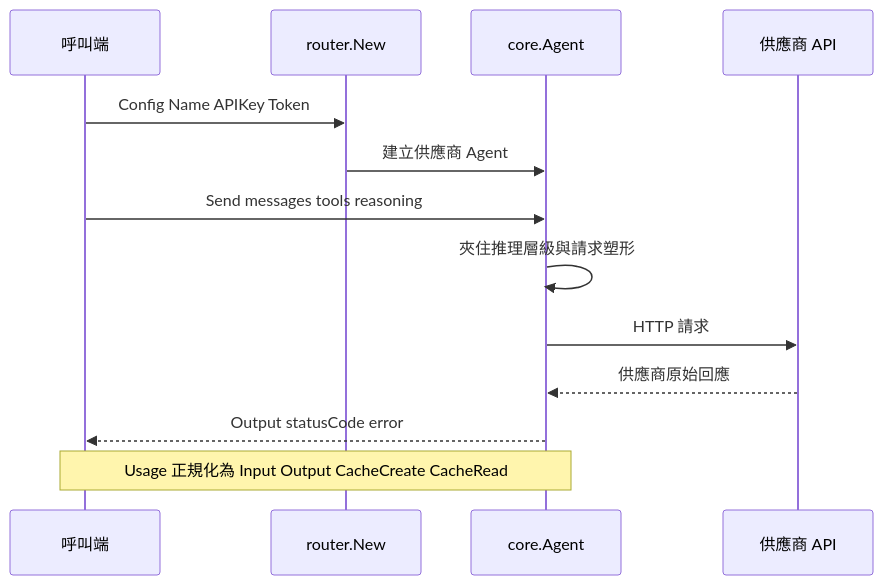
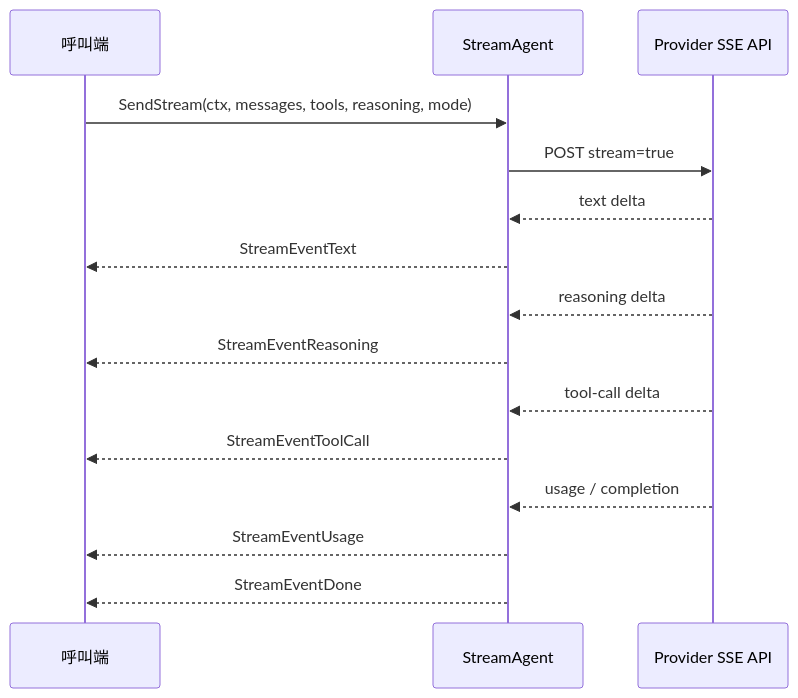
Before and after one commit to pardnchiu/go-llm-router: the sixth of 10 diagrams in doc/architecture.zh.md, drawn with Mermaid. The commit also changed other lines of this file and 3 other files, not shown here.

Commit message:
doc: Expand API and architecture documentation

````diff
--- a/doc/architecture.zh.md
+++ b/doc/architecture.zh.md
@@ -109,15 +237,18 @@
 ```mermaid
 sequenceDiagram
-    participant App as 呼叫端
-    participant Router as router.New
-    participant Agent as core.Agent
-    participant API as 供應商 API
-    App->>Router: Config Name APIKey Token
-    Router->>Agent: 建立供應商 Agent
-    App->>Agent: Send messages tools reasoning
-    Agent->>Agent: 夾住推理層級與請求塑形
-    Agent->>API: HTTP 請求
-    API-->>Agent: 供應商原始回應
-    Agent-->>App: Output statusCode error
-    Note over Agent,App: Usage 正規化為 Input Output CacheCreate CacheRead
+    participant Client as 呼叫端
+    participant Agent as StreamAgent
+    participant API as Provider SSE API
+
+    Client->>Agent: SendStream(ctx, messages, tools, reasoning, mode)
+    Agent->>API: POST stream=true
+    API-->>Agent: text delta
+    Agent-->>Client: StreamEventText
+    API-->>Agent: reasoning delta
+    Agent-->>Client: StreamEventReasoning
+    API-->>Agent: tool-call delta
+    Agent-->>Client: StreamEventToolCall
+    API-->>Agent: usage / completion
+    Agent-->>Client: StreamEventUsage
+    Agent-->>Client: StreamEventDone
 ```
````
